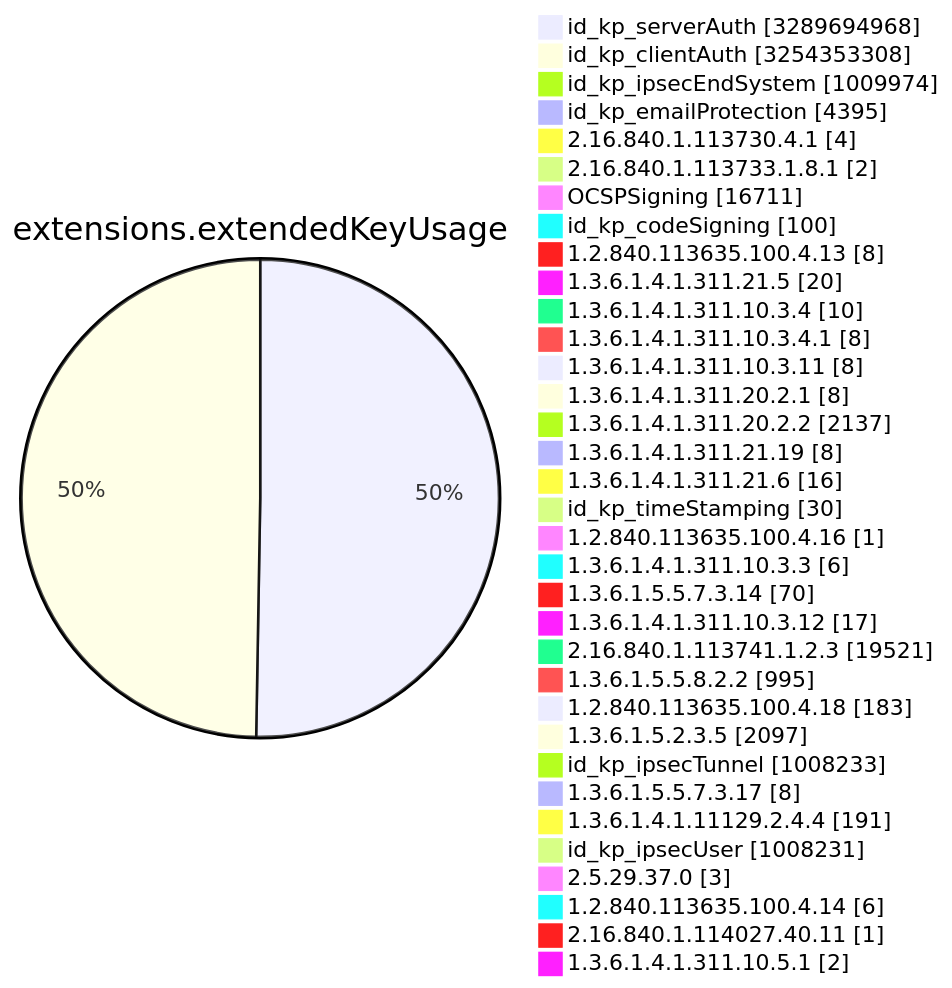
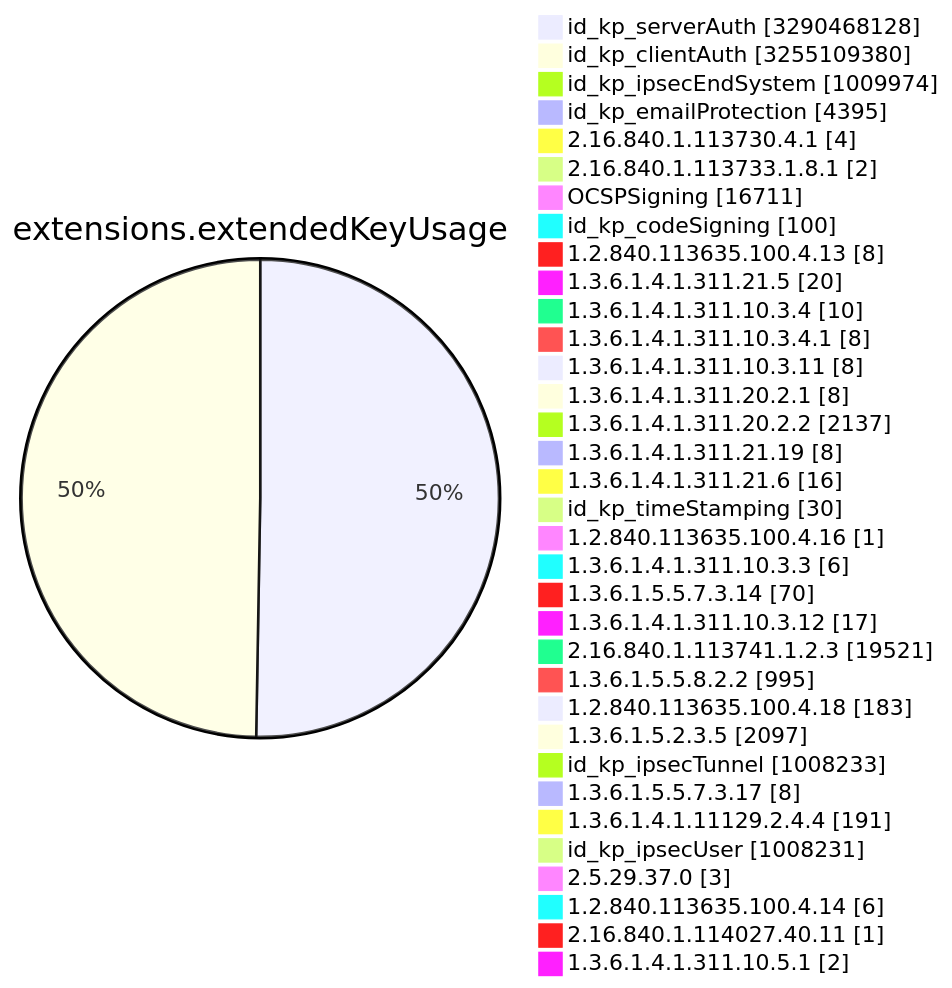
Before and after one commit to christiankrug/ctmonitor_visualization: diagram 11 of 15 in TOTAL/README.md, drawn with Mermaid. The commit also changed other lines of this file, not shown here.

````diff
--- a/TOTAL/README.md
+++ b/TOTAL/README.md
@@ -4120,38 +4120,38 @@
 ```mermaid
 pie showData
 title extensions.extendedKeyUsage
-"id_kp_serverAuth" :3289694968
-"id_kp_clientAuth" :3254353308
+"id_kp_serverAuth" :3290468128
+"id_kp_clientAuth" :3255109380
 "id_kp_ipsecEndSystem" :1009974
 "id_kp_emailProtection" :4395
 "2.16.840.1.113730.4.1" :4
 "2.16.840.1.113733.1.8.1" :2
 "OCSPSigning" :16711
 "id_kp_codeSigning" :100
 "1.2.840.113635.100.4.13" :8
 "1.3.6.1.4.1.311.21.5" :20
 "1.3.6.1.4.1.311.10.3.4" :10
 "1.3.6.1.4.1.311.10.3.4.1" :8
 "1.3.6.1.4.1.311.10.3.11" :8
 "1.3.6.1.4.1.311.20.2.1" :8
 "1.3.6.1.4.1.311.20.2.2" :2137
 "1.3.6.1.4.1.311.21.19" :8
 "1.3.6.1.4.1.311.21.6" :16
 "id_kp_timeStamping" :30
 "1.2.840.113635.100.4.16" :1
 "1.3.6.1.4.1.311.10.3.3" :6
 "1.3.6.1.5.5.7.3.14" :70
 "1.3.6.1.4.1.311.10.3.12" :17
 "2.16.840.1.113741.1.2.3" :19521
 "1.3.6.1.5.5.8.2.2" :995
 "1.2.840.113635.100.4.18" :183
 "1.3.6.1.5.2.3.5" :2097
 "id_kp_ipsecTunnel" :1008233
 "1.3.6.1.5.5.7.3.17" :8
 "1.3.6.1.4.1.11129.2.4.4" :191
 "id_kp_ipsecUser" :1008231
 "2.5.29.37.0" :3
 "1.2.840.113635.100.4.14" :6
 "2.16.840.1.114027.40.11" :1
 "1.3.6.1.4.1.311.10.5.1" :2
 ```
````
